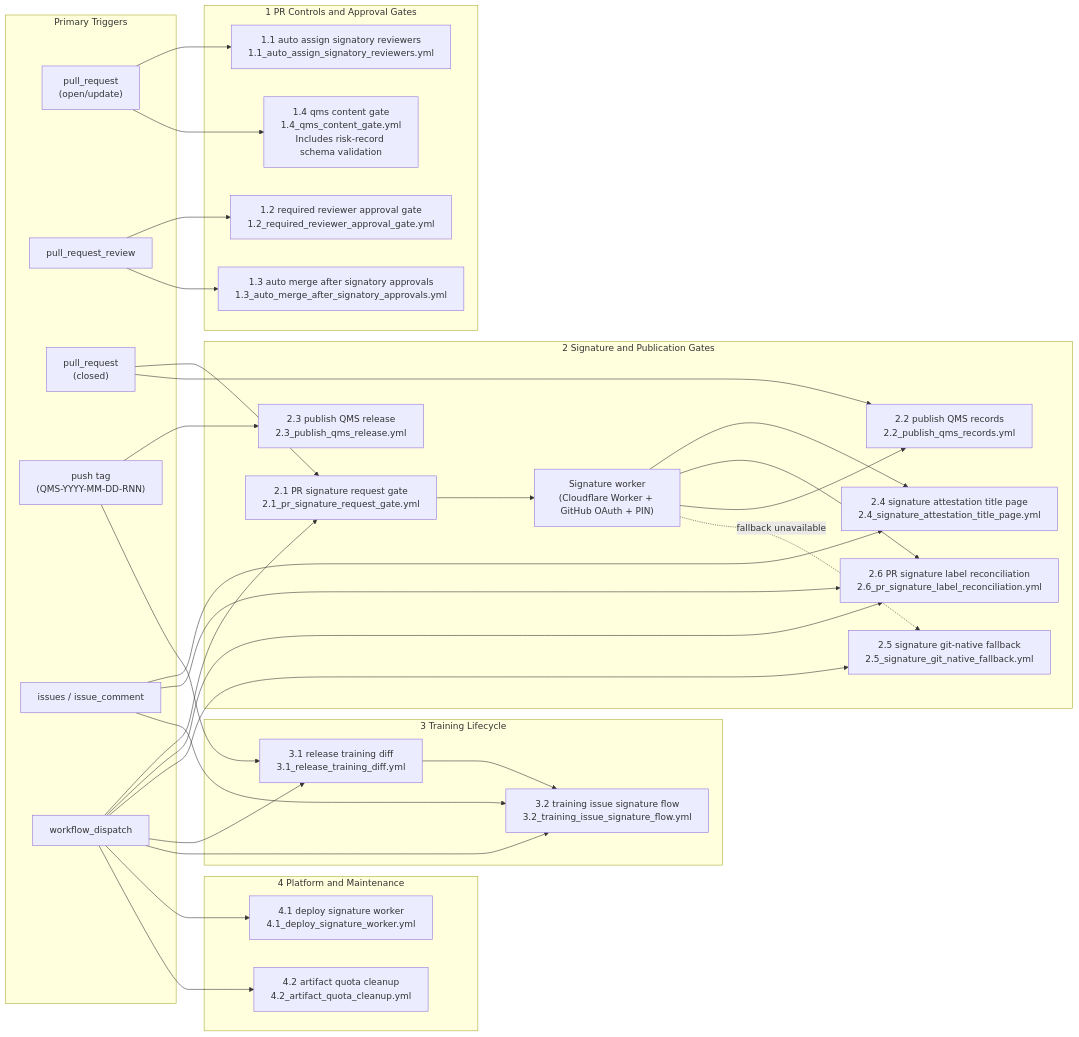
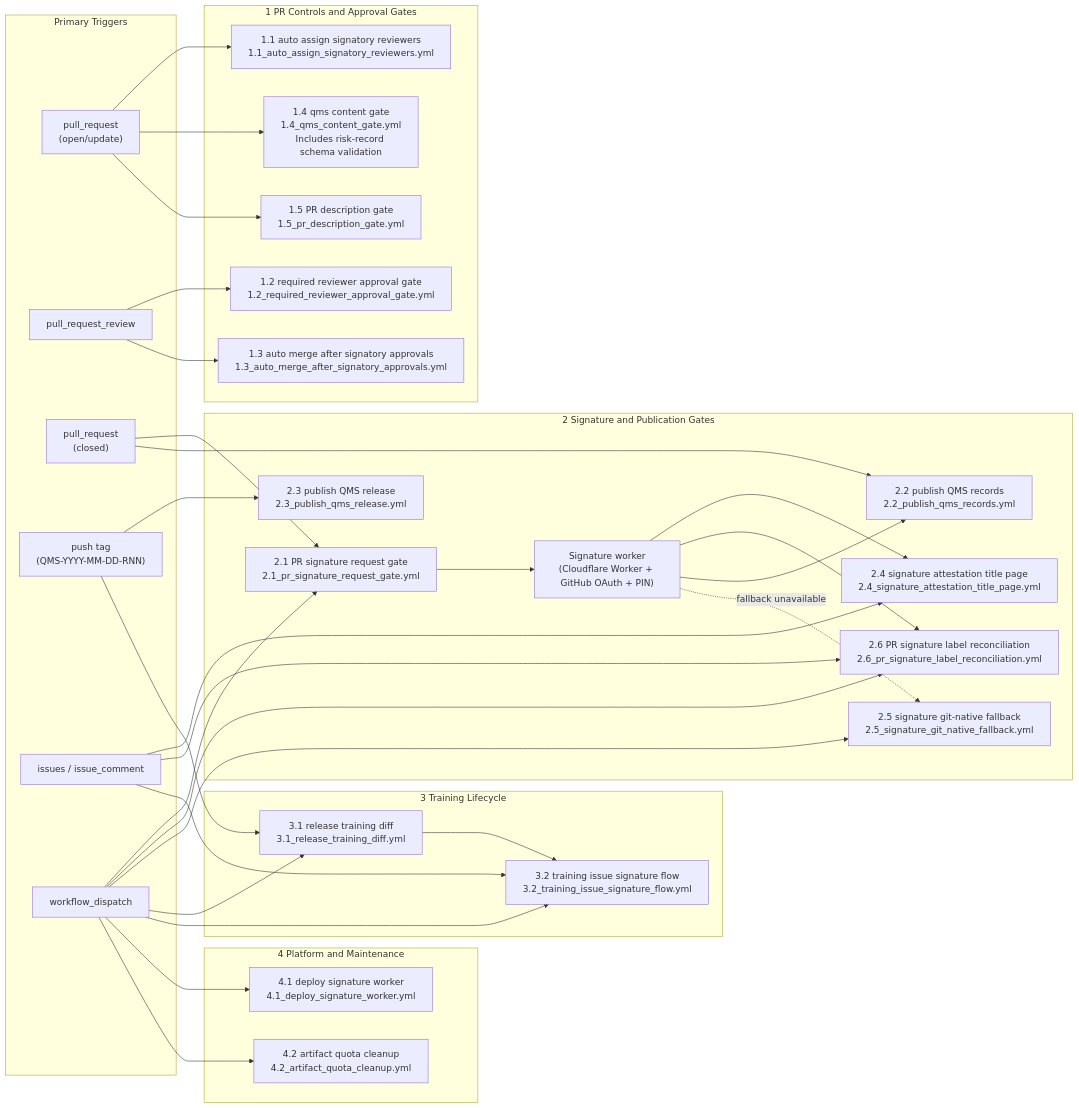
One commit to AliakseiT/dearauditor-qms-baseline changed the diagram in docs/architecture/README.md. Above: the diagram before and after it, drawn with Mermaid. The commit also changed other lines of this file and 1 other file, not shown here.

Commit message:
feat: enforce PR description formatting via 1.5 gate (#253)

````diff
--- a/docs/architecture/README.md
+++ b/docs/architecture/README.md
@@ -57,64 +57,66 @@
 ```mermaid
 flowchart LR
   subgraph triggers["Primary Triggers"]
     pr_open["pull_request<br/>(open/update)"]
     pr_review["pull_request_review"]
     pr_closed["pull_request<br/>(closed)"]
     qms_tag["push tag<br/>(QMS-YYYY-MM-DD-RNN)"]
     issue_events["issues / issue_comment"]
     manual["workflow_dispatch"]
   end
 
   subgraph pr_controls["1 PR Controls and Approval Gates"]
     w11["1.1 auto assign signatory reviewers<br/>1.1_auto_assign_signatory_reviewers.yml"]
     w12["1.2 required reviewer approval gate<br/>1.2_required_reviewer_approval_gate.yml"]
     w13["1.3 auto merge after signatory approvals<br/>1.3_auto_merge_after_signatory_approvals.yml"]
     w14["1.4 qms content gate<br/>1.4_qms_content_gate.yml<br/>Includes risk-record schema validation"]
+    w15["1.5 PR description gate<br/>1.5_pr_description_gate.yml"]
   end
 
   subgraph signature_pub["2 Signature and Publication Gates"]
     w21["2.1 PR signature request gate<br/>2.1_pr_signature_request_gate.yml"]
     w26["2.6 PR signature label reconciliation<br/>2.6_pr_signature_label_reconciliation.yml"]
     signer_ui["Signature worker<br/>(Cloudflare Worker + GitHub OAuth + PIN)"]
     w24["2.4 signature attestation title page<br/>2.4_signature_attestation_title_page.yml"]
     w22["2.2 publish QMS records<br/>2.2_publish_qms_records.yml"]
     w23["2.3 publish QMS release<br/>2.3_publish_qms_release.yml"]
     w25["2.5 signature git-native fallback<br/>2.5_signature_git_native_fallback.yml"]
   end
 
   subgraph training["3 Training Lifecycle"]
     w31["3.1 release training diff<br/>3.1_release_training_diff.yml"]
     w32["3.2 training issue signature flow<br/>3.2_training_issue_signature_flow.yml"]
   end
 
   subgraph platform["4 Platform and Maintenance"]
     w41["4.1 deploy signature worker<br/>4.1_deploy_signature_worker.yml"]
     w42["4.2 artifact quota cleanup<br/>4.2_artifact_quota_cleanup.yml"]
   end
 
   pr_open --> w11
   pr_open --> w14
+  pr_open --> w15
   pr_review --> w12
   pr_review --> w13
   pr_closed --> w21
   pr_closed --> w22
   qms_tag --> w23
   qms_tag --> w31
   issue_events --> w24
   issue_events --> w26
   issue_events --> w32
   manual --> w21
   manual --> w26
   manual --> w25
   manual --> w31
   manual --> w32
   manual --> w41
   manual --> w42
 
   w21 --> signer_ui
   signer_ui --> w24
   signer_ui --> w26
   signer_ui --> w22
   signer_ui -. fallback unavailable .-> w25
   w31 --> w32
 ```
````
